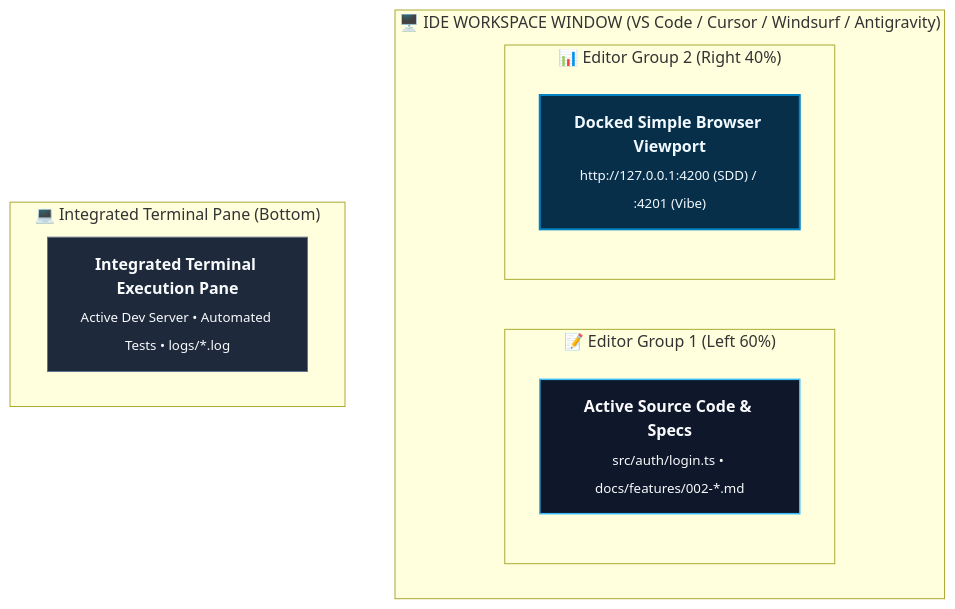
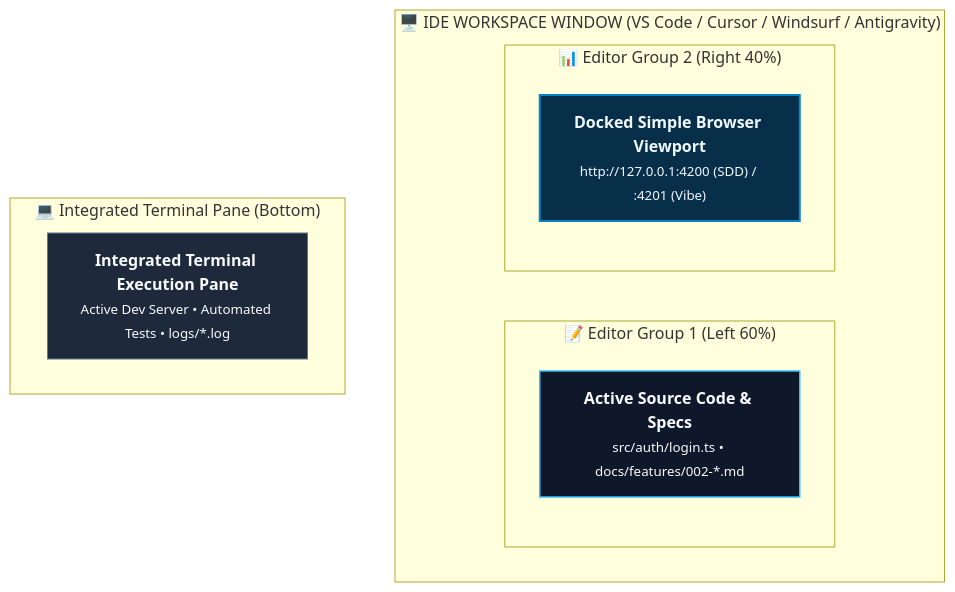
One commit to rmsofficialsyt/Agentic-AI-Vibe-Coding-AND-SDD-TDD-Codebase-Chandan-Adhikary changed the third of 5 diagrams in PROJECT-MANAGER-DASHBOARD-GUIDE.md. Above: the diagram before and after it, drawn with Mermaid. The commit also changed other lines of this file and 27 other files, not shown here.

Commit message:
docs: resolve text overlap and scattering across all diagrams via semantic typography and layout contracts

````diff
--- a/PROJECT-MANAGER-DASHBOARD-GUIDE.md
+++ b/PROJECT-MANAGER-DASHBOARD-GUIDE.md
@@ -168,19 +168,19 @@
 ```mermaid
 flowchart TD
     classDef editor fill:#0f172a,stroke:#38bdf8,stroke-width:1.5px,color:#f8fafc;
     classDef dash fill:#082f49,stroke:#0284c7,stroke-width:2px,color:#f0f9ff;
     classDef term fill:#1e293b,stroke:#64748b,stroke-width:1px,color:#f8fafc;
 
     subgraph IDEWindow ["🖥️ IDE WORKSPACE WINDOW (VS Code / Cursor / Windsurf / Antigravity)"]
         direction LR
         subgraph Col1 ["📝 Editor Group 1 (Left 60%)"]
-            SourceCode["<b>Active Source Code & Specs</b><br/><sub>src/auth/login.ts • docs/features/002-*.md</sub>"]:::editor
+            SourceCode["<b>Active Source Code & Specs</b><br/><small>src/auth/login.ts • docs/features/002-*.md</small>"]:::editor
         end
         subgraph Col2 ["📊 Editor Group 2 (Right 40%)"]
-            SimpleBrowser["<b>Docked Simple Browser Viewport</b><br/><sub>http://127.0.0.1:4200 (SDD) / :4201 (Vibe)</sub>"]:::dash
+            SimpleBrowser["<b>Docked Simple Browser Viewport</b><br/><small>http://127.0.0.1:4200 (SDD) / :4201 (Vibe)</small>"]:::dash
         end
     end
     subgraph TerminalPane ["💻 Integrated Terminal Pane (Bottom)"]
-        DevServer["<b>Integrated Terminal Execution Pane</b><br/><sub>Active Dev Server • Automated Tests • logs/*.log</sub>"]:::term
+        DevServer["<b>Integrated Terminal Execution Pane</b><br/><small>Active Dev Server • Automated Tests • logs/*.log</small>"]:::term
     end
 ```
````
